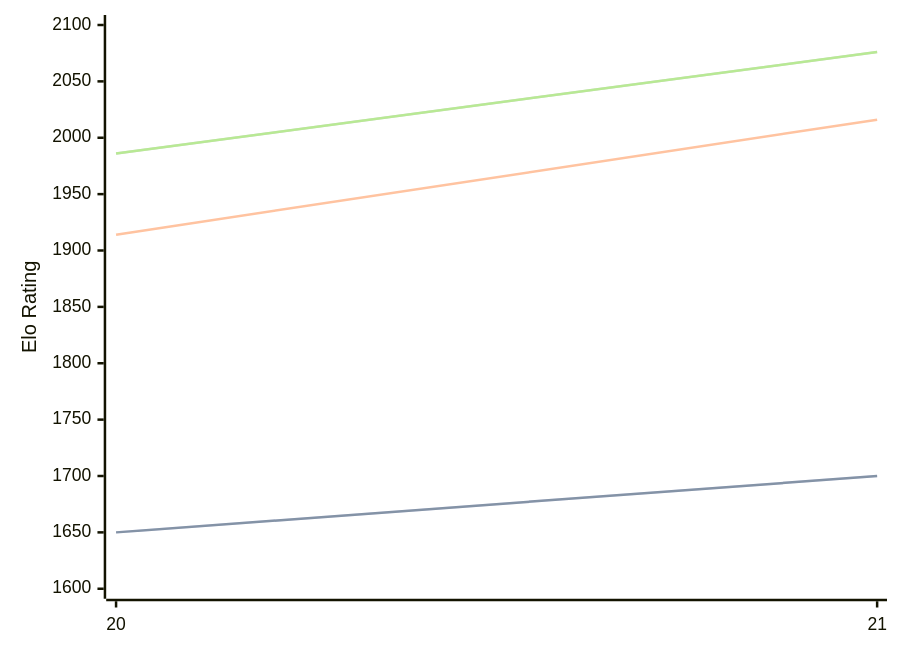
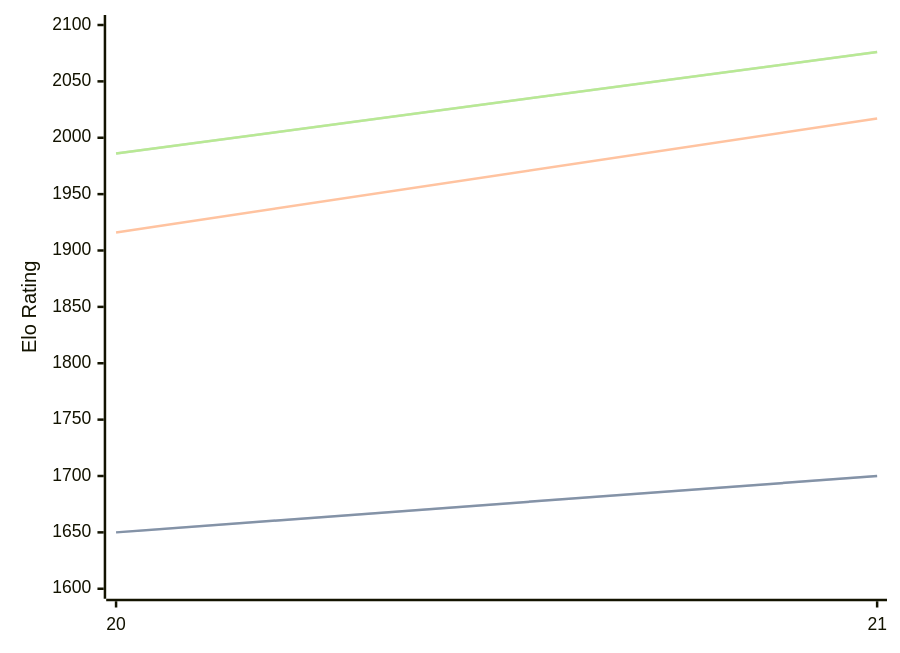
The diagram in engines/PurplePanda.md (computer-chess-index/cci), drawn with Mermaid before and after one commit. The commit also changed other lines of this file, not shown here.

````diff
--- a/engines/PurplePanda.md
+++ b/engines/PurplePanda.md
@@ -32,11 +32,11 @@
 ```mermaid
 %%{init: {"theme":"base","themeVariables":{"seriesColors:['#a3a3a3','#222221','#faa371']}}}%%
 xychart-beta
   x-axis ["20", "21"]
   y-axis "Elo Rating" 1600 --> 2100
   line "" [1650, 1700]
   line "STC (8.0+0.08s)" [1650, 1700]
-  line "LTC (60.0+0.60s)" [1914, 2016]
+  line "LTC (60.0+0.60s)" [1916, 2017]
   line "" [1986, 2076]
   line "VLTC (2m24s+1.12s)" [1986, 2076]
 ```
````
